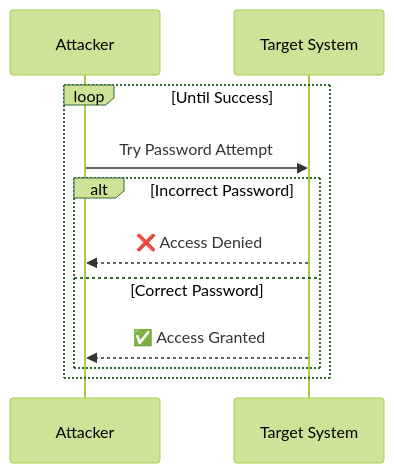
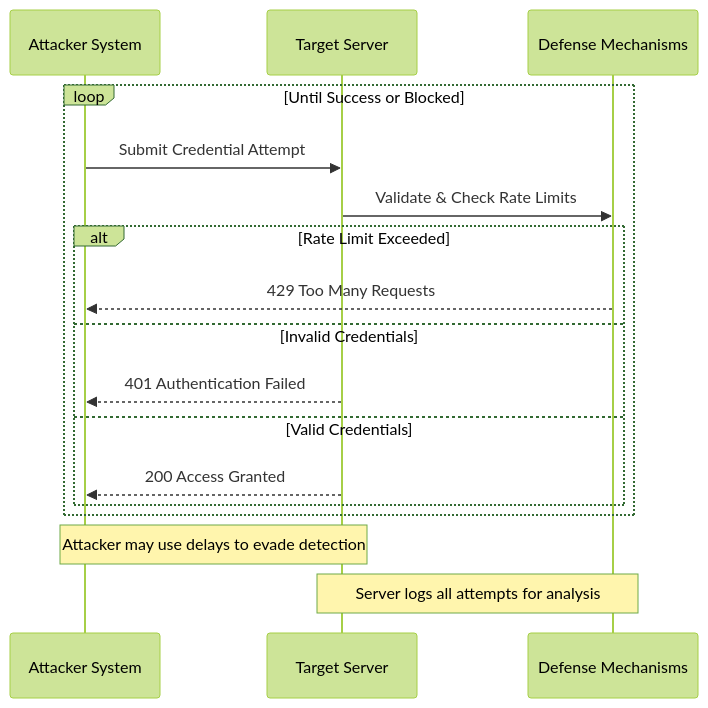
The second of 5 diagrams in README.md (Suryanshu-Nabheet/Hack), drawn with Mermaid (forest theme) before and after one commit. The commit also changed other lines of this file, not shown here.

````diff
--- a/README.md
+++ b/README.md
@@ -135,14 +143,21 @@
 ```mermaid
 sequenceDiagram
-    participant A as Attacker
-    participant S as Target System
+    participant A as Attacker System
+    participant T as Target Server
+    participant D as Defense Mechanisms
     
-    loop Until Success
-        A->>S: Try Password Attempt
-        alt Incorrect Password
-            S-->>A: ❌ Access Denied
-        else Correct Password
-            S-->>A: ✅ Access Granted
+    loop Until Success or Blocked
+        A->>T: Submit Credential Attempt
+        T->>D: Validate & Check Rate Limits
+        alt Rate Limit Exceeded
+            D-->>A: 429 Too Many Requests
+        else Invalid Credentials
+            T-->>A: 401 Authentication Failed
+        else Valid Credentials
+            T-->>A: 200 Access Granted
         end
     end
+    
+    Note over A,T: Attacker may use delays to evade detection
+    Note over T,D: Server logs all attempts for analysis
 ```
````
